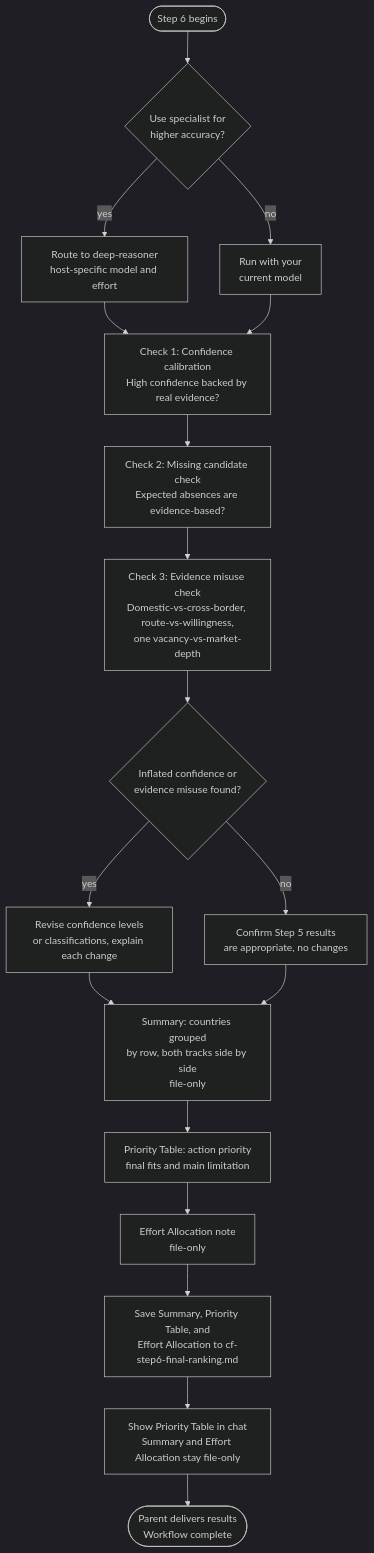
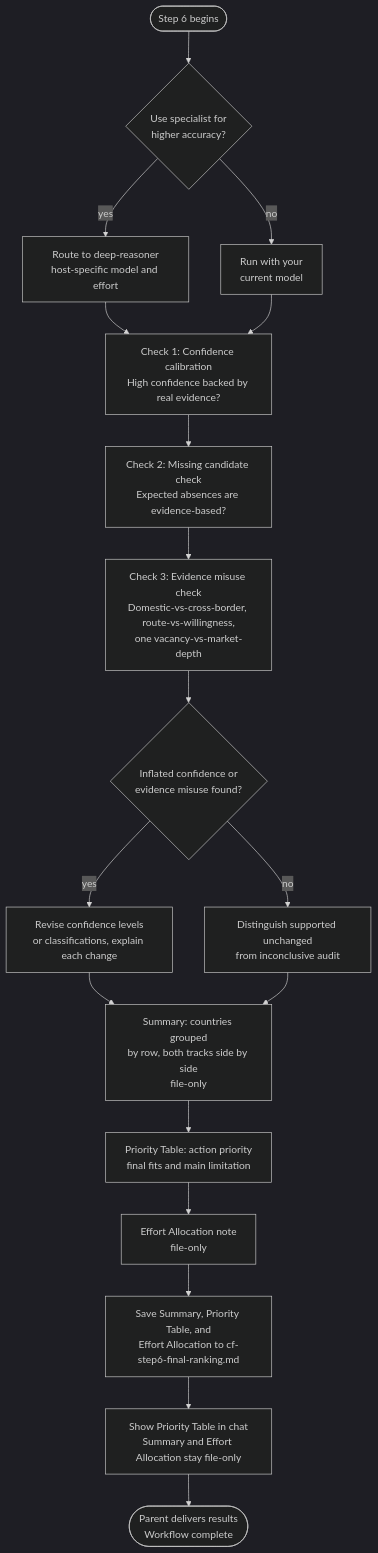
The diagram in docs/commands/country-finder/step6-final-ranking.md (myowinthein/agent-compass), drawn with Mermaid (dark theme) before and after one commit. The commit also changed other lines of this file and 38 other files, not shown here.

````diff
--- a/docs/commands/country-finder/step6-final-ranking.md
+++ b/docs/commands/country-finder/step6-final-ranking.md
@@ -16,20 +16,20 @@
 ```mermaid
 flowchart TD
   Start([Step 6 begins]) --> SpecialistQ{Use specialist for\nhigher accuracy?}
   SpecialistQ -->|yes| DeepReasoner[Route to deep-reasoner\nhost-specific model and effort]
   SpecialistQ -->|no| CurrentModel[Run with your\ncurrent model]
   DeepReasoner --> C1
   CurrentModel --> C1[Check 1: Confidence calibration\nHigh confidence backed by real evidence?]
   C1 --> C2[Check 2: Missing candidate check\nExpected absences are evidence-based?]
   C2 --> C3[Check 3: Evidence misuse check\nDomestic-vs-cross-border, route-vs-willingness,\none vacancy-vs-market-depth]
   C3 --> Recal{Inflated confidence or\nevidence misuse found?}
   Recal -->|yes| Revise[Revise confidence levels\nor classifications, explain each change]
-  Recal -->|no| Confirm[Confirm Step 5 results\nare appropriate, no changes]
+  Recal -->|no| Confirm[Distinguish supported unchanged\nfrom inconclusive audit]
   Revise --> Summary[Summary: countries grouped\nby row, both tracks side by side\nfile-only]
   Confirm --> Summary
   Summary --> Priority[Priority Table: action priority\nfinal fits and main limitation]
   Priority --> Effort[Effort Allocation note\nfile-only]
   Effort --> Save[Save Summary, Priority Table, and\nEffort Allocation to cf-step6-final-ranking.md]
   Save --> ShowTable[Show Priority Table in chat\nSummary and Effort Allocation stay file-only]
   ShowTable --> Done([Parent delivers results\nWorkflow complete])
 ```
````
